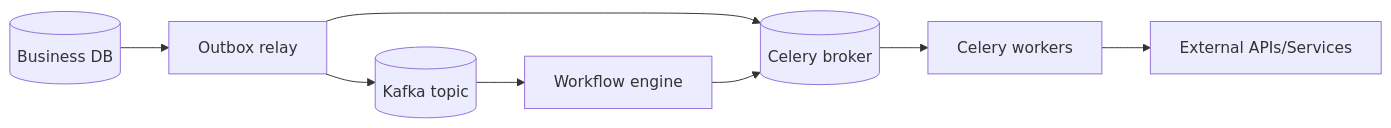
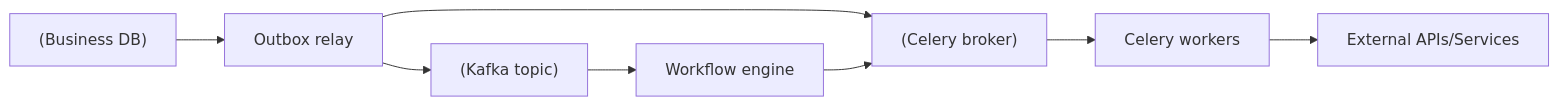
Before and after one commit to DDoSKudya/ai-study-atlas: the third of 3 diagrams in directions/services/celery/pact/26_sovremennye_praktiki_i_napravleniya_razvitiya/15_26_26_5_smeshannye_podkhody.md, drawn with Mermaid. The commit also changed other lines of this file and 322 other files, not shown here.

Commit message:
fix(docs): make mermaid diagrams GitHub-compatible across directions content

````diff
--- a/directions/services/celery/pact/26_sovremennye_praktiki_i_napravleniya_razvitiya/15_26_26_5_smeshannye_podkhody.md
+++ b/directions/services/celery/pact/26_sovremennye_praktiki_i_napravleniya_razvitiya/15_26_26_5_smeshannye_podkhody.md
@@ -98,10 +98,10 @@
 ```mermaid
 flowchart LR
-    DB[(Business DB)] --> O[Outbox relay]
-    O --> K[(Kafka topic)]
-    O --> C[(Celery broker)]
-    K --> Wf[Workflow engine]
+    DB["(Business DB)"] --> O["Outbox relay"]
+    O --> K["(Kafka topic)"]
+    O --> C["(Celery broker)"]
+    K --> Wf["Workflow engine"]
     Wf --> C
-    C --> W[Celery workers]
-    W --> API[External APIs/Services]
+    C --> W["Celery workers"]
+    W --> API["External APIs/Services"]
 ```
````
